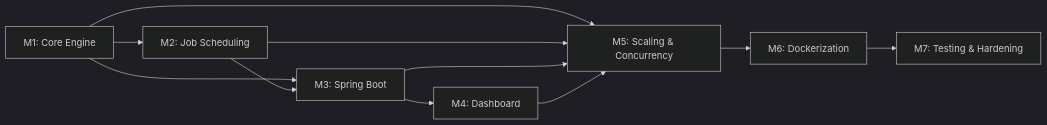
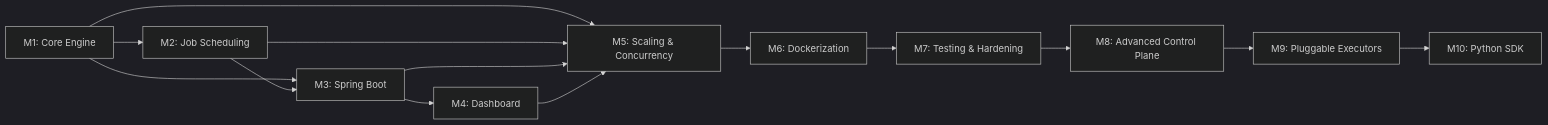
The diagram in plan/milestones/ROADMAP.md (moadabdou/distributed_orchestration_engine), drawn with Mermaid (dark theme) before and after one commit. The commit also changed other lines of this file and 6 other files, not shown here.

Commit message:
feat: define roadmap for milestone 9 and 10 and add detailed issue specifications for the Python SDK and API module.

````diff
--- a/plan/milestones/ROADMAP.md
+++ b/plan/milestones/ROADMAP.md
@@ -24,13 +26,16 @@
 ```mermaid
 graph LR
     M1[M1: Core Engine] --> M2[M2: Job Scheduling]
     M1 --> M3[M3: Spring Boot]
     M2 --> M3
     M3 --> M4[M4: Dashboard]
     M1 --> M5[M5: Scaling & Concurrency]
     M2 --> M5
     M3 --> M5
     M4 --> M5
     M5 --> M6[M6: Dockerization]
     M6 --> M7[M7: Testing & Hardening]
+    M7 --> M8[M8: Advanced Control Plane]
+    M8 --> M9[M9: Pluggable Executors]
+    M9 --> M10[M10: Python SDK]
 ```
````
